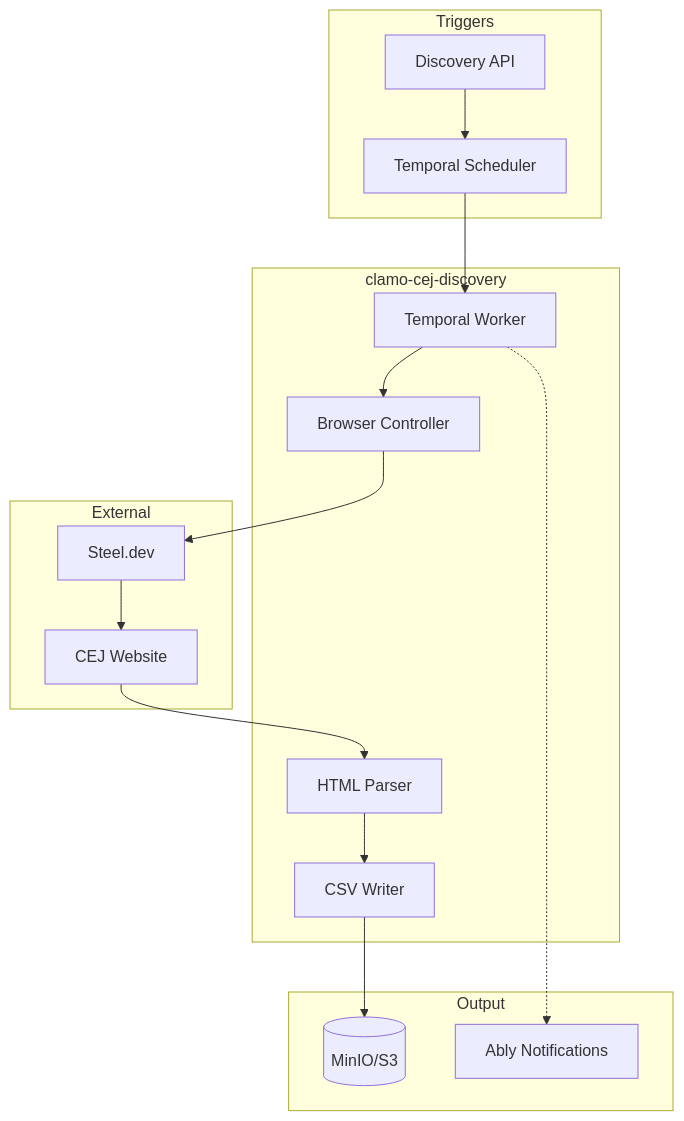
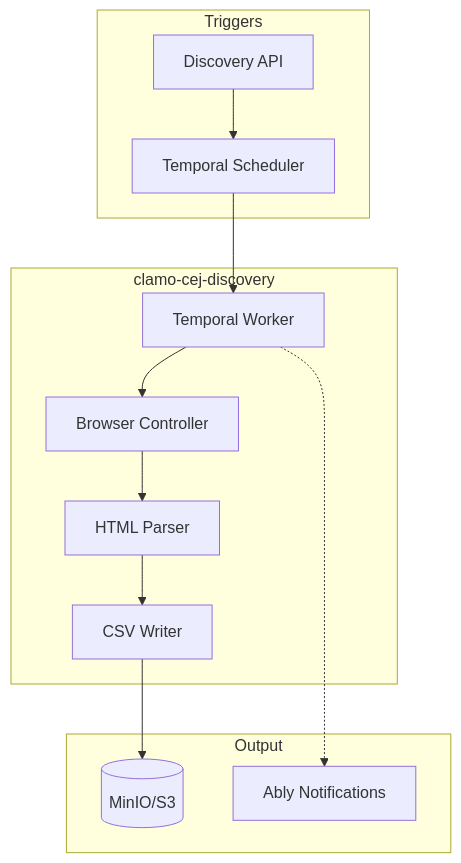
The diagram in en/services/clamo-cej-discovery.mdx (GetClamo/docs), drawn with Mermaid before and after one commit. The commit also changed other lines of this file and 93 other files, not shown here.

````diff
--- a/en/services/clamo-cej-discovery.mdx
+++ b/en/services/clamo-cej-discovery.mdx
@@ -31,34 +29,27 @@
 ```mermaid
 flowchart TB
     subgraph Trigger [Triggers]
         API[Discovery API]
         Temporal[Temporal Scheduler]
     end
-    
+
     subgraph Discovery [clamo-cej-discovery]
         Worker[Temporal Worker]
         Browser[Browser Controller]
         Parser[HTML Parser]
         CSVWriter[CSV Writer]
     end
-    
-    subgraph External [External]
-        Steel[Steel.dev]
-        CEJ[CEJ Website]
-    end
-    
+
     subgraph Output [Output]
         MinIO[(MinIO/S3)]
         Ably[Ably Notifications]
     end
-    
+
     API --> Temporal
     Temporal --> Worker
     Worker --> Browser
-    Browser --> Steel
-    Steel --> CEJ
-    CEJ --> Parser
+    Browser --> Parser
     Parser --> CSVWriter
     CSVWriter --> MinIO
     Worker -.-> Ably
 ```
````
